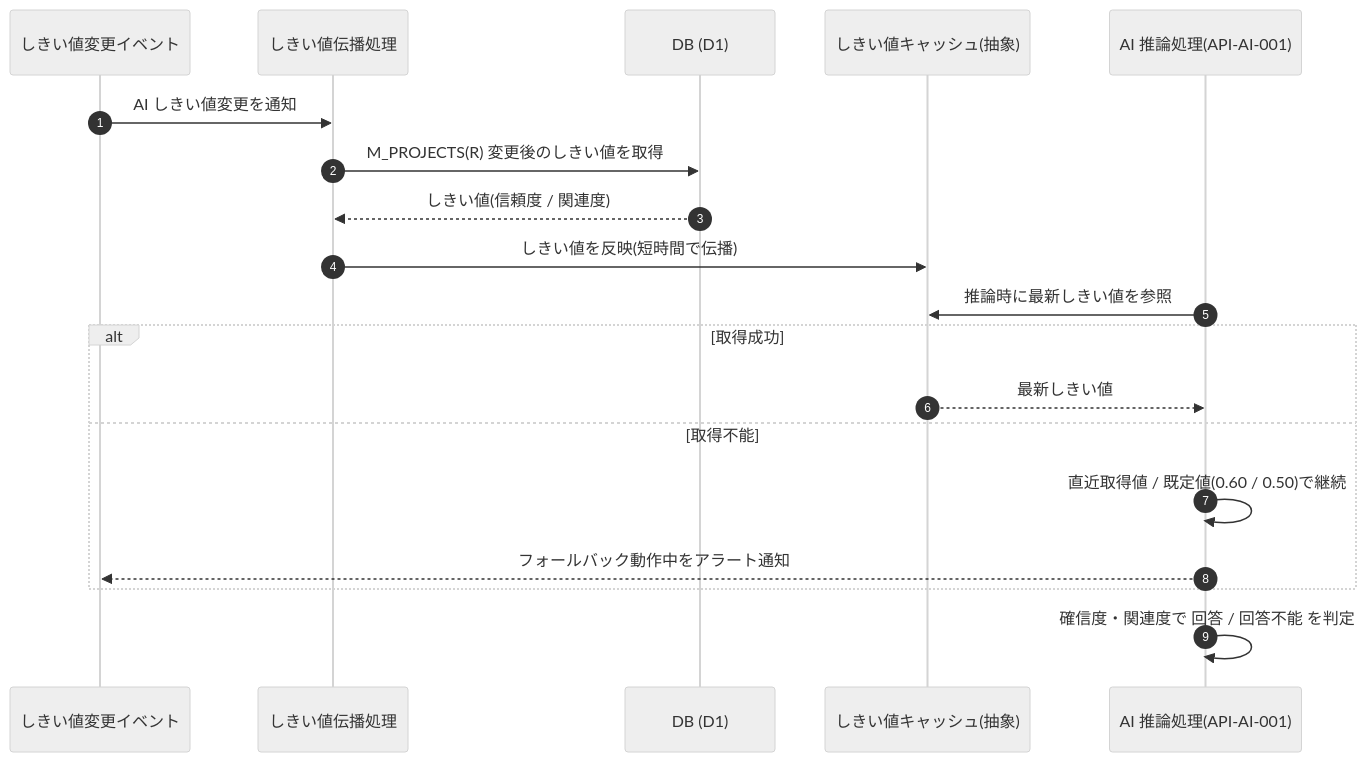
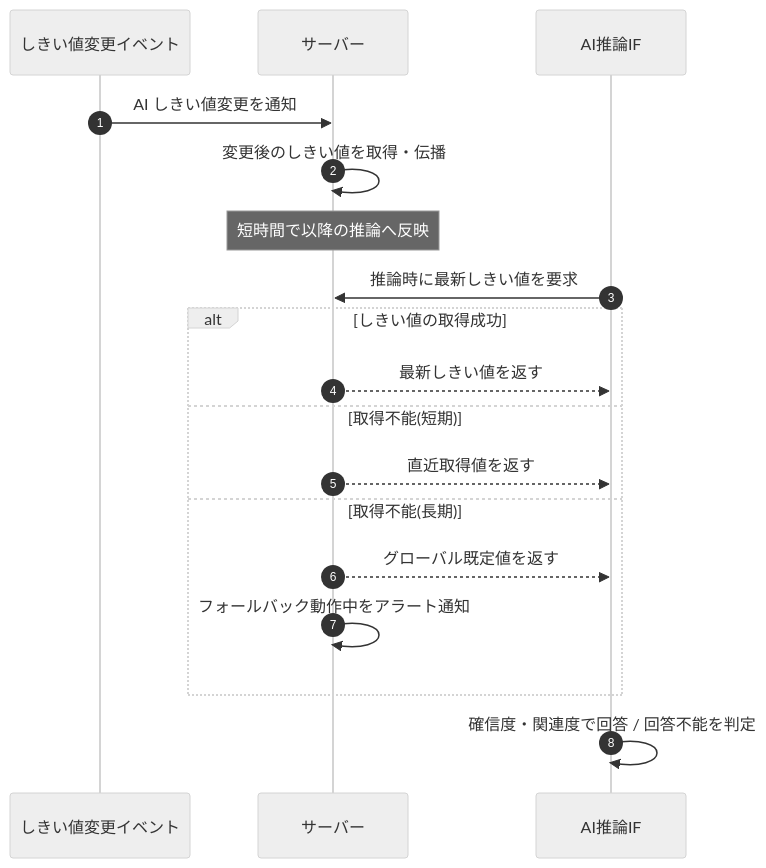
One commit to sikakou54/open-faq changed the diagram in 02_basic_design/05_sequences/SEQ-105.md. Above: the diagram before and after it, drawn with Mermaid (neutral theme). The commit also changed other lines of this file and 108 other files, not shown here.

First line of the commit message:
基本設計: シーケンス図を基本設計粒度(ユーザー/画面/サーバー)へ再編成

````diff
--- a/02_basic_design/05_sequences/SEQ-105.md
+++ b/02_basic_design/05_sequences/SEQ-105.md
@@ -25,21 +32,20 @@
 ```mermaid
 sequenceDiagram
   autonumber
   participant E as しきい値変更イベント
-  participant PR as しきい値伝播処理
-  participant DB as DB (D1)
-  participant C as しきい値キャッシュ(抽象)
-  participant AI as AI 推論処理(API-AI-001)
-  E->>PR: AI しきい値変更を通知
-  PR->>DB: M_PROJECTS(R) 変更後のしきい値を取得
-  DB-->>PR: しきい値(信頼度 / 関連度)
-  PR->>C: しきい値を反映(短時間で伝播)
-  AI->>C: 推論時に最新しきい値を参照
-  alt 取得成功
-    C-->>AI: 最新しきい値
-  else 取得不能
-    AI->>AI: 直近取得値 / 既定値(0.60 / 0.50)で継続
-    AI-->>E: フォールバック動作中をアラート通知
+  participant Server as サーバー
+  participant AI as AI推論IF
+  E->>Server: AI しきい値変更を通知
+  Server->>Server: 変更後のしきい値を取得・伝播
+  Note over Server: 短時間で以降の推論へ反映
+  AI->>Server: 推論時に最新しきい値を要求
+  alt しきい値の取得成功
+    Server-->>AI: 最新しきい値を返す
+  else 取得不能(短期)
+    Server-->>AI: 直近取得値を返す
+  else 取得不能(長期)
+    Server-->>AI: グローバル既定値を返す
+    Server->>Server: フォールバック動作中をアラート通知
   end
-  AI->>AI: 確信度・関連度で 回答 / 回答不能 を判定
+  AI->>AI: 確信度・関連度で回答 / 回答不能を判定
 ```
````
